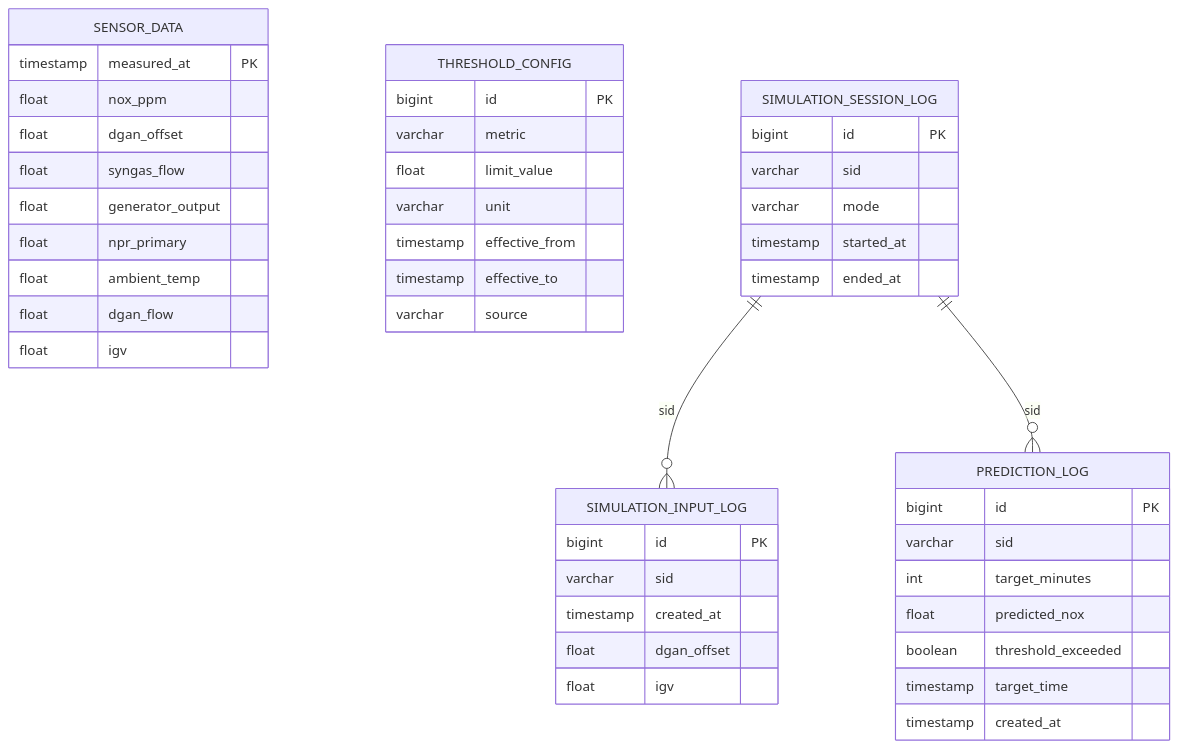
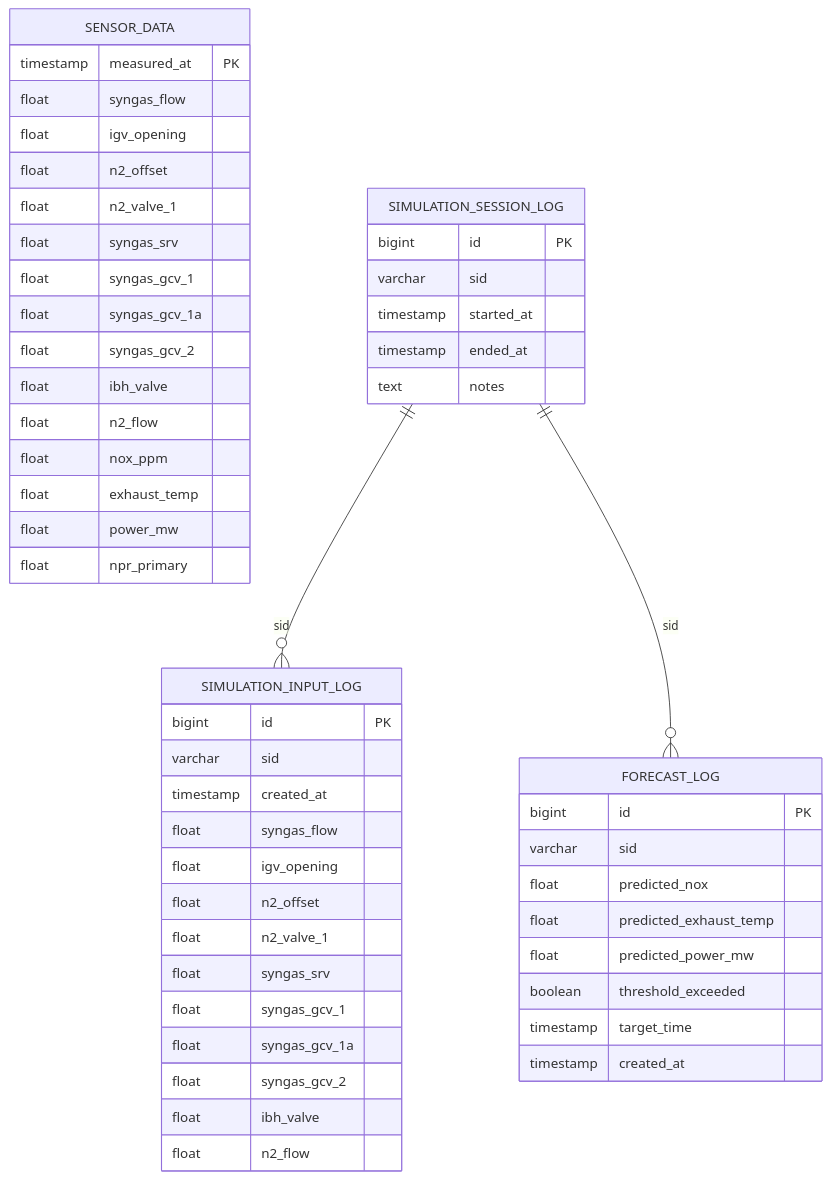
The diagram in database/db_definition.md (Tay-hyyyyn/Data-Analysis-Project_NOx-Predict), drawn with Mermaid before and after one commit. The commit also changed other lines of this file and 3 other files, not shown here.

````diff
--- a/database/db_definition.md
+++ b/database/db_definition.md
@@ -74,53 +83,58 @@
 ```mermaid
 erDiagram
     SENSOR_DATA {
         timestamp measured_at PK
+        float syngas_flow
+        float igv_opening
+        float n2_offset
+        float n2_valve_1
+        float syngas_srv
+        float syngas_gcv_1
+        float syngas_gcv_1a
+        float syngas_gcv_2
+        float ibh_valve
+        float n2_flow
         float nox_ppm
-        float dgan_offset
-        float syngas_flow
-        float generator_output
+        float exhaust_temp
+        float power_mw
         float npr_primary
-        float ambient_temp
-        float dgan_flow
-        float igv
-    }
-
-    THRESHOLD_CONFIG {
-        bigint id PK
-        varchar metric
-        float limit_value
-        varchar unit
-        timestamp effective_from
-        timestamp effective_to
-        varchar source
     }
 
     SIMULATION_SESSION_LOG {
         bigint id PK
         varchar sid
-        varchar mode
         timestamp started_at
         timestamp ended_at
+        text notes
     }
 
     SIMULATION_INPUT_LOG {
         bigint id PK
         varchar sid
         timestamp created_at
-        float dgan_offset
-        float igv
+        float syngas_flow
+        float igv_opening
+        float n2_offset
+        float n2_valve_1
+        float syngas_srv
+        float syngas_gcv_1
+        float syngas_gcv_1a
+        float syngas_gcv_2
+        float ibh_valve
+        float n2_flow
     }
 
-    PREDICTION_LOG {
+    FORECAST_LOG {
         bigint id PK
         varchar sid
-        int target_minutes
         float predicted_nox
+        float predicted_exhaust_temp
+        float predicted_power_mw
         boolean threshold_exceeded
         timestamp target_time
         timestamp created_at
     }
 
     SIMULATION_SESSION_LOG ||--o{ SIMULATION_INPUT_LOG : sid
-    SIMULATION_SESSION_LOG ||--o{ PREDICTION_LOG : sid
+    SIMULATION_SESSION_LOG ||--o{ FORECAST_LOG : sid
 ```
````
